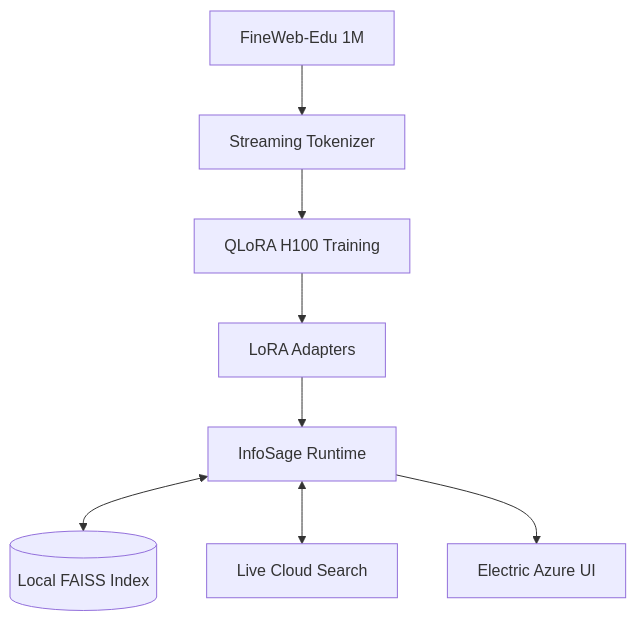
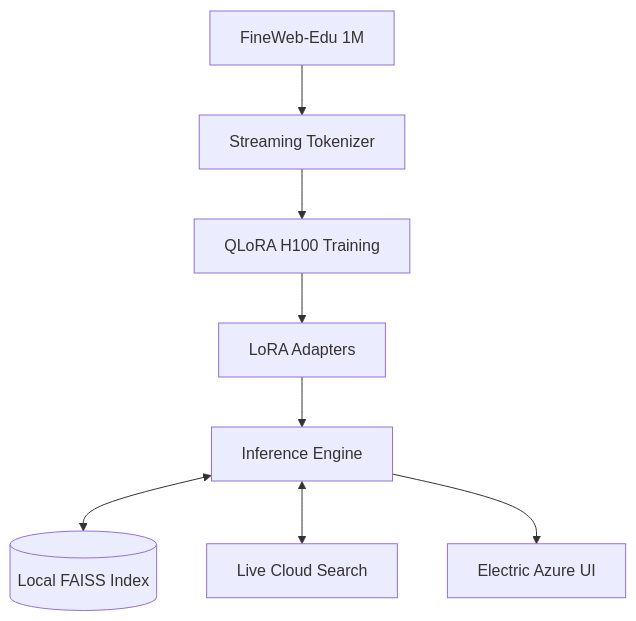
The diagram in README.md (heyisula/fineweb-edu-llm-training), drawn with Mermaid before and after one commit. The commit also changed other lines of this file, not shown here.

````diff
--- a/README.md
+++ b/README.md
@@ -38,10 +50,10 @@
 ```mermaid
 graph TD
     A[FineWeb-Edu 1M] --> B[Streaming Tokenizer]
     B --> C[QLoRA H100 Training]
     C --> D[LoRA Adapters]
-    D --> E[InfoSage Runtime]
+    D --> E[Inference Engine]
     E <--> F[(Local FAISS Index)]
     E <--> G[Live Cloud Search]
     E --> H[Electric Azure UI]
 ```
````
